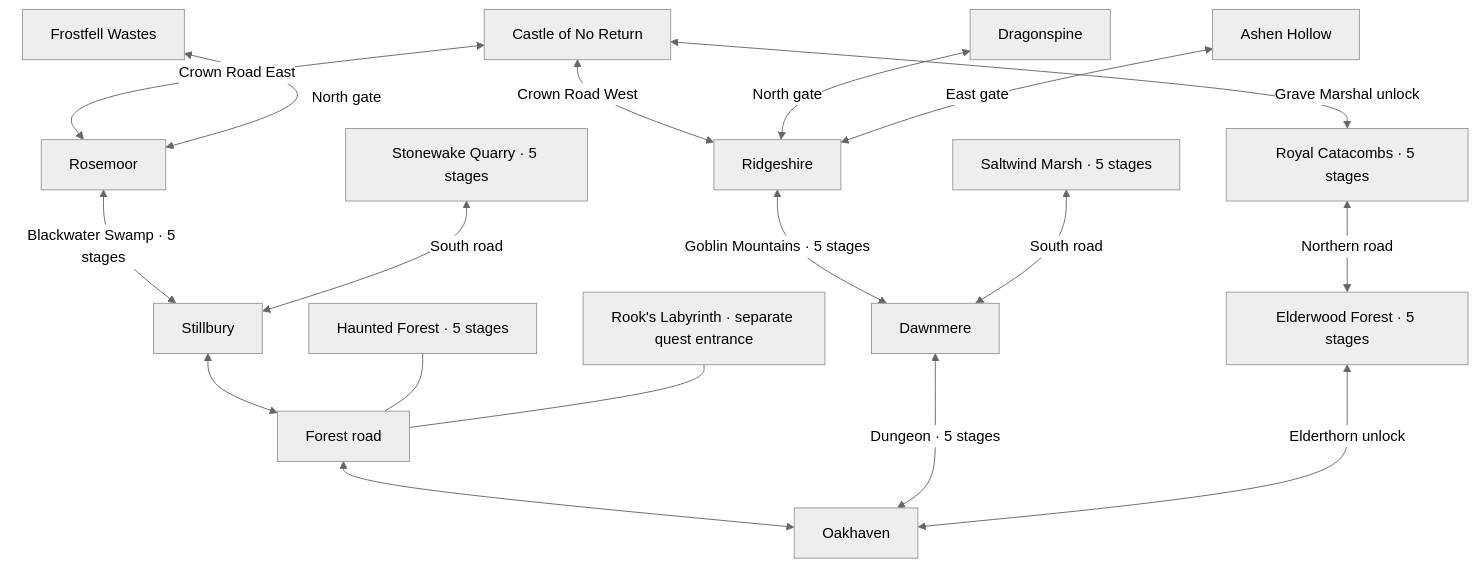
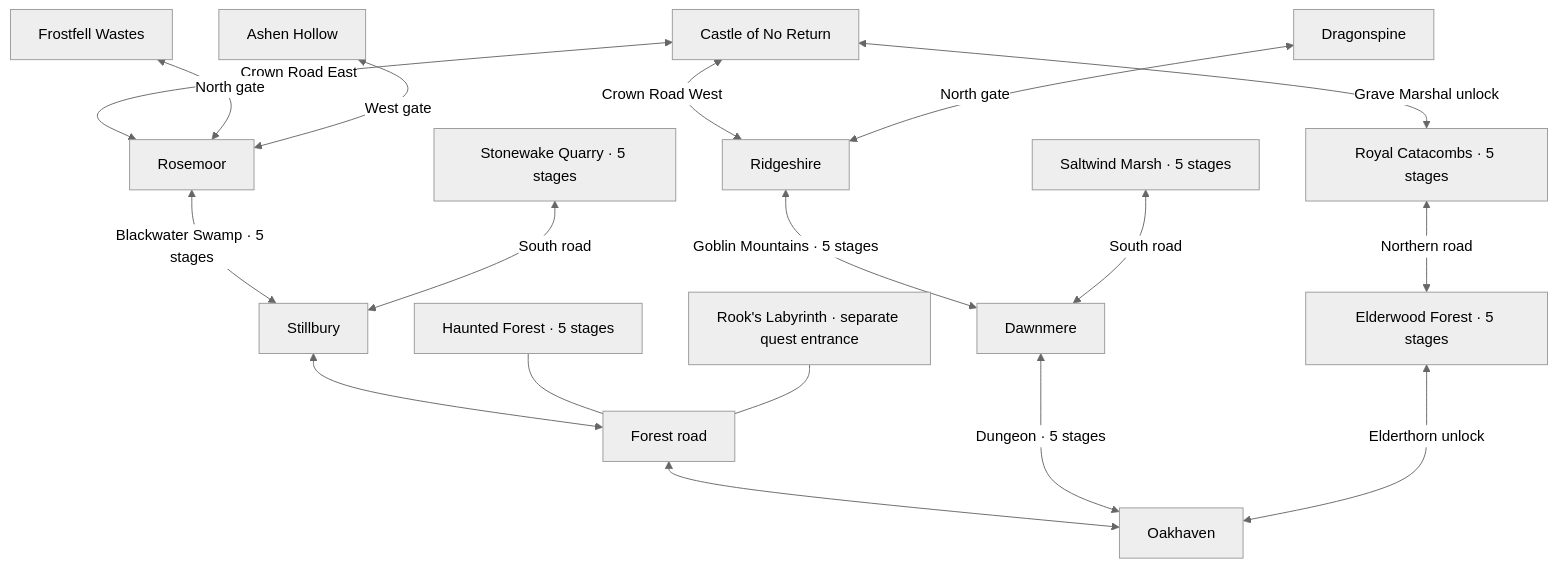
Before and after one commit to christsantiris/c_rpg: the diagram in docs/five-town-expansion.md, drawn with Mermaid (neutral theme). The commit also changed other lines of this file and 144 other files, not shown here.

````diff
--- a/docs/five-town-expansion.md
+++ b/docs/five-town-expansion.md
@@ -10,20 +10,20 @@
 ```mermaid
 flowchart BT
     Oak[Oakhaven] <--> Road[Forest road]
     Road <--> Still[Stillbury]
     Road --- Forest[Haunted Forest · 5 stages]
     Road --- Maze[Rook's Labyrinth · separate quest entrance]
     Still <-->|Blackwater Swamp · 5 stages| Rose[Rosemoor]
     Rose <-->|Crown Road East| Castle[Castle of No Return]
     Oak <-->|Dungeon · 5 stages| Dawn[Dawnmere]
     Dawn <-->|Goblin Mountains · 5 stages| Ridge[Ridgeshire]
     Dawn <-->|South road| Salt[Saltwind Marsh · 5 stages]
     Still <-->|South road| Quarry[Stonewake Quarry · 5 stages]
     Ridge <-->|Crown Road West| Castle
     Oak <-->|Elderthorn unlock| Elder[Elderwood Forest · 5 stages]
     Elder <-->|Northern road| Cat[Royal Catacombs · 5 stages]
     Cat <-->|Grave Marshal unlock| Castle
     Rose <-->|North gate| Frost[Frostfell Wastes]
     Ridge <-->|North gate| Dragon[Dragonspine]
-    Ridge <-->|East gate| Ashen[Ashen Hollow]
+    Rose <-->|West gate| Ashen[Ashen Hollow]
 ```
````
